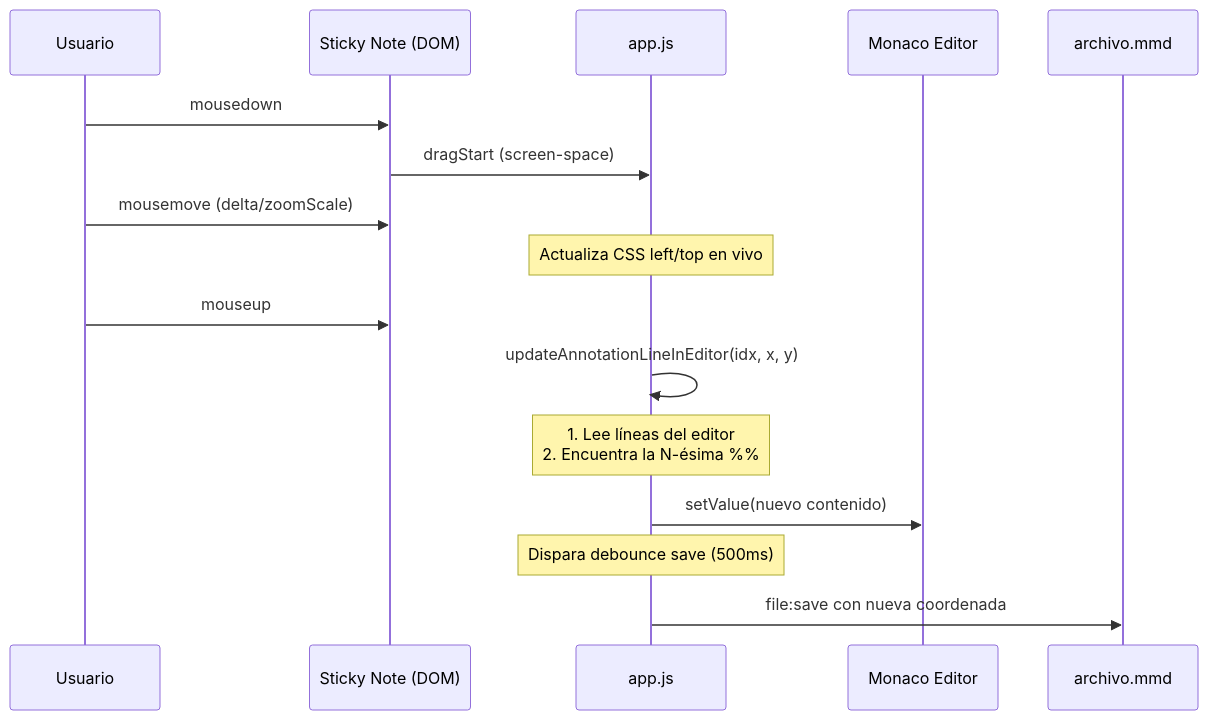
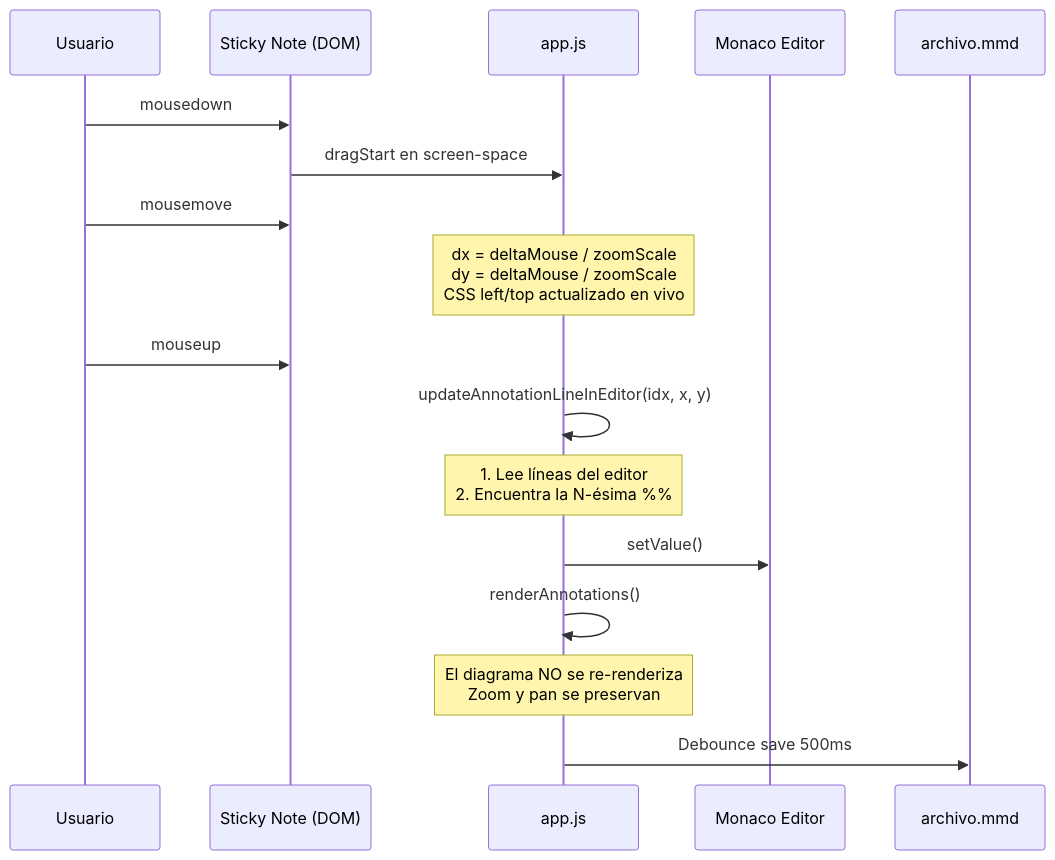
Before and after one commit to BrunoEdPerezS/vizflow: the sixth of 7 diagrams in README.md, drawn with Mermaid. The commit also changed other lines of this file, not shown here.

````diff
--- a/README.md
+++ b/README.md
@@ -116,19 +193,20 @@
 ```mermaid
 sequenceDiagram
     participant U as Usuario
     participant SN as Sticky Note (DOM)
     participant APP as app.js
     participant ME as Monaco Editor
     participant FS as archivo.mmd
 
     U->>SN: mousedown
-    SN->>APP: dragStart (screen-space)
-    U->>SN: mousemove (delta/zoomScale)
-    Note over APP: Actualiza CSS left/top en vivo
+    SN->>APP: dragStart en screen-space
+    U->>SN: mousemove
+    Note over APP: dx = deltaMouse / zoomScale<br/>dy = deltaMouse / zoomScale<br/>CSS left/top actualizado en vivo
     U->>SN: mouseup
     APP->>APP: updateAnnotationLineInEditor(idx, x, y)
-    Note over APP: 1. Lee líneas del editor<br/>2. Encuentra la N-ésima %%#<br/>3. Limpia todos los @X,Y viejos<br/>4. Escribe %%# @X,Y texto<br/>5. setEditorContent()
-    APP->>ME: setValue(nuevo contenido)
-    Note over APP: Dispara debounce save (500ms)
-    APP->>FS: file:save con nueva coordenada
+    Note over APP: 1. Lee líneas del editor<br/>2. Encuentra la N-ésima %%#<br/>3. stripAll @-?d+,-?d+ viejos<br/>4. Reconstruye: %%# @X,Y texto<br/>5. setEditorContent()
+    APP->>ME: setValue()
+    APP->>APP: renderAnnotations()
+    Note over APP: El diagrama NO se re-renderiza<br/>Zoom y pan se preservan
+    APP->>FS: Debounce save 500ms
 ```
````
